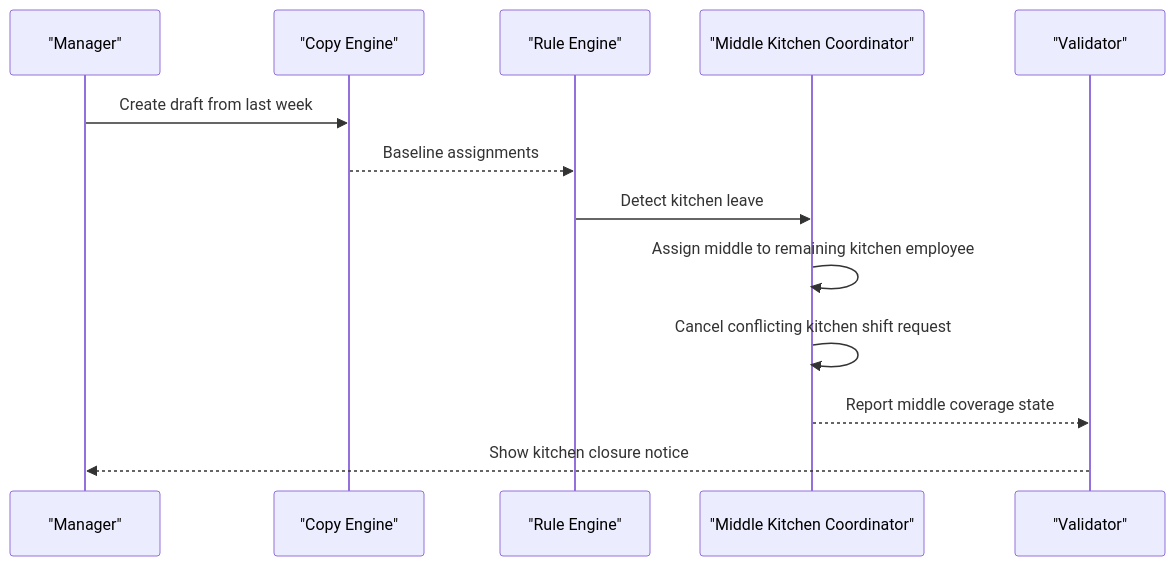
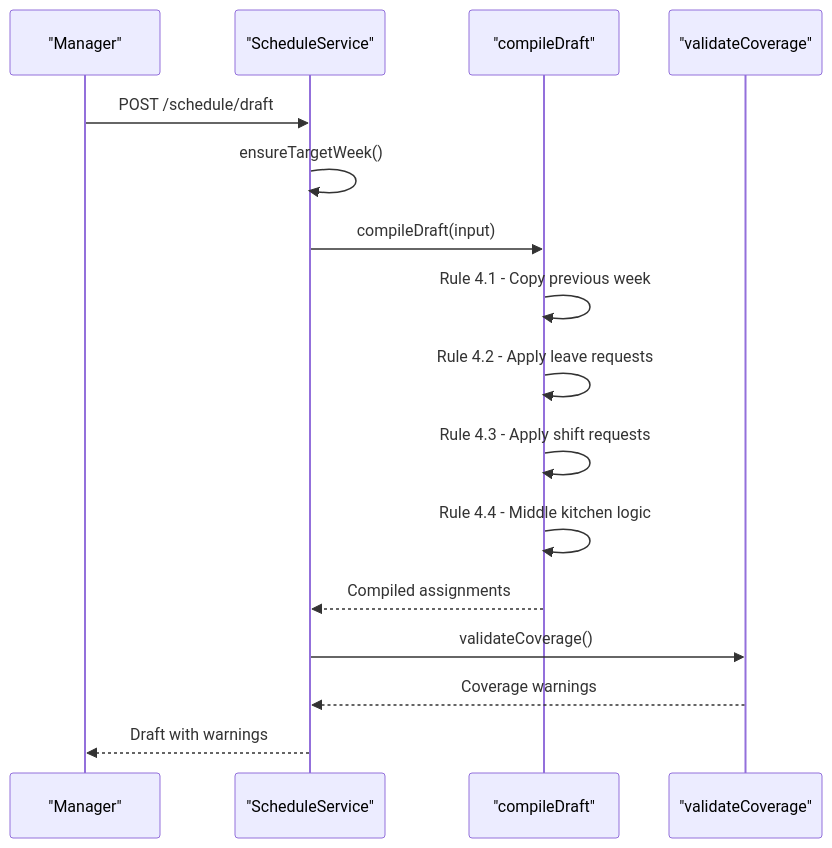
One commit to epo33m/scheduling changed the fifth of 8 diagrams in .qoder/repowiki/en/content/Product Requirements Document/Functional Specifications/Schedule Creation Engine (F5).md. Above: the diagram before and after it, drawn with Mermaid. The commit also changed other lines of this file and 77 other files, not shown here.

````diff
--- a/.qoder/repowiki/en/content/Product Requirements Document/Functional Specifications/Schedule Creation Engine (F5).md
+++ b/.qoder/repowiki/en/content/Product Requirements Document/Functional Specifications/Schedule Creation Engine (F5).md
@@ -207,15 +197,18 @@
 ```mermaid
 sequenceDiagram
 participant Manager as "Manager"
-participant CopyEngine as "Copy Engine"
-participant RuleEngine as "Rule Engine"
-participant Middle as "Middle Kitchen Coordinator"
-participant Validator as "Validator"
-Manager->>CopyEngine : Create draft from last week
-CopyEngine-->>RuleEngine : Baseline assignments
-RuleEngine->>Middle : Detect kitchen leave
-Middle->>Middle : Assign middle to remaining kitchen employee
-Middle->>Middle : Cancel conflicting kitchen shift request
-Middle-->>Validator : Report middle coverage state
-Validator-->>Manager : Show kitchen closure notice
+participant Service as "ScheduleService"
+participant Compiler as "compileDraft"
+participant Validator as "validateCoverage"
+Manager->>Service : POST /schedule/draft
+Service->>Service : ensureTargetWeek()
+Service->>Compiler : compileDraft(input)
+Compiler->>Compiler : Rule 4.1 - Copy previous week
+Compiler->>Compiler : Rule 4.2 - Apply leave requests
+Compiler->>Compiler : Rule 4.3 - Apply shift requests
+Compiler->>Compiler : Rule 4.4 - Middle kitchen logic
+Compiler-->>Service : Compiled assignments
+Service->>Validator : validateCoverage()
+Validator-->>Service : Coverage warnings
+Service-->>Manager : Draft with warnings
 ```
````
